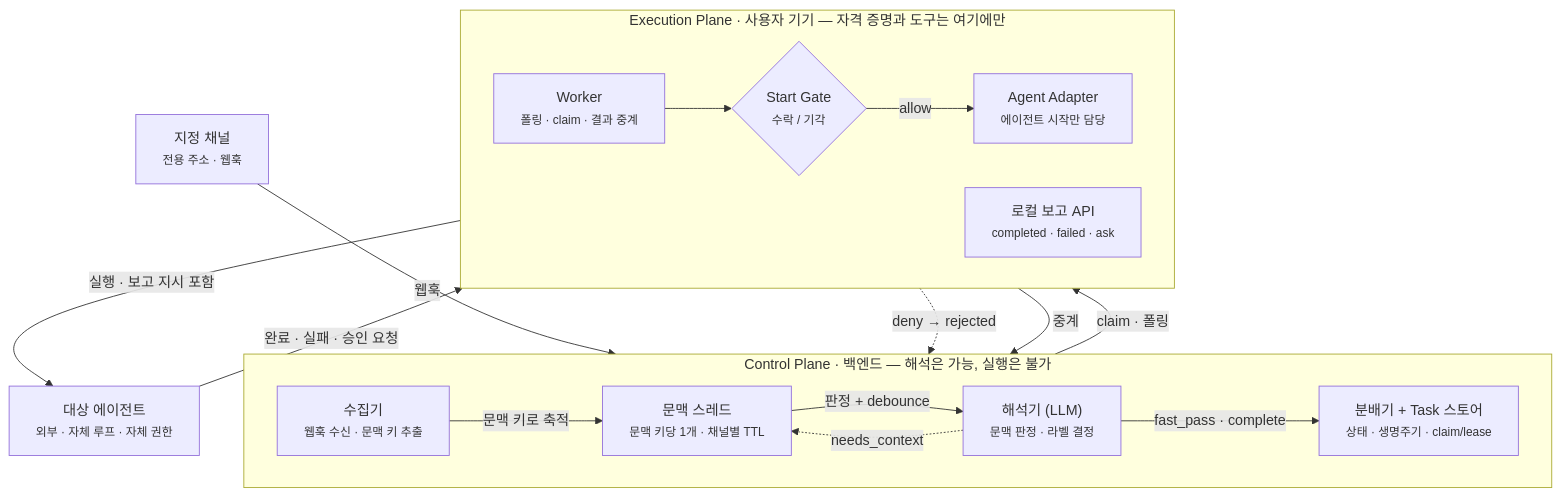
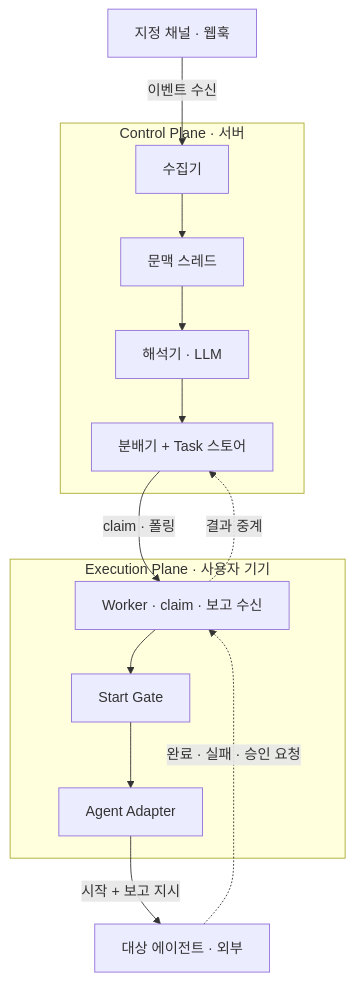
Before and after one commit to explorer0113/samdi: the first of 2 diagrams in README.md, drawn with Mermaid. The commit also changed other lines of this file, not shown here.

Commit message:
문서: GitHub에서 엉키던 mermaid 구조도 정리
subgraph 내부 direction LR이 원인이었다 — GitHub의 mermaid는 이걸
바깥 화살표와 함께 쓰면 Execution Plane을 Control Plane보다 위에 그리고
화살표를 전부 교차시킨다. 단일 TB 방향으로 통일하고 HTML 태그를 뺐다.

- 구조도: 정상 경로는 위→아래, 보고는 점선으로 분리
- 상태도: lease 만료 엣지를 하나로 줄이고 라벨을 짧게 (겹침 제거)
- 실제 렌더를 확인해 subgraph 제목이 테두리를 관통하던 문제도 수정

````diff
--- a/README.md
+++ b/README.md
@@ -24,35 +24,30 @@
 ```mermaid
 flowchart TB
-    CH["지정 채널<br/><small>전용 주소 · 웹훅</small>"]
+    CH["지정 채널 · 웹훅"]
 
-    subgraph CP["Control Plane · 백엔드 — 해석은 가능, 실행은 불가"]
-        direction LR
-        COL["수집기<br/><small>웹훅 수신 · 문맥 키 추출</small>"]
-        TH["문맥 스레드<br/><small>문맥 키당 1개 · 채널별 TTL</small>"]
-        IN["해석기 (LLM)<br/><small>문맥 판정 · 라벨 결정</small>"]
-        DP["분배기 + Task 스토어<br/><small>상태 · 생명주기 · claim/lease</small>"]
-        COL -->|"문맥 키로 축적"| TH
-        TH -->|"판정 + debounce"| IN
-        IN -->|"fast_pass · complete"| DP
-        IN -.->|"needs_context"| TH
+    subgraph CP["Control Plane · 서버"]
+        COL["수집기"]
+        TH["문맥 스레드"]
+        IN["해석기 · LLM"]
+        DP["분배기 + Task 스토어"]
+        COL --> TH
+        TH --> IN
+        IN --> DP
     end
 
-    subgraph EP["Execution Plane · 사용자 기기 — 자격 증명과 도구는 여기에만"]
-        direction LR
-        WK["Worker<br/><small>폴링 · claim · 결과 중계</small>"]
-        GT{"Start Gate<br/><small>수락 / 기각</small>"}
-        AD["Agent Adapter<br/><small>에이전트 시작만 담당</small>"]
-        RP["로컬 보고 API<br/><small>completed · failed · ask</small>"]
+    subgraph EP["Execution Plane · 사용자 기기"]
+        WK["Worker · claim · 보고 수신"]
+        GT["Start Gate"]
+        AD["Agent Adapter"]
         WK --> GT
-        GT -->|"allow"| AD
+        GT --> AD
     end
 
-    AG["대상 에이전트<br/><small>외부 · 자체 루프 · 자체 권한</small>"]
+    AG["대상 에이전트 · 외부"]
 
-    CH -->|"웹훅"| COL
+    CH -->|"이벤트 수신"| COL
     DP -->|"claim · 폴링"| WK
-    GT -.->|"deny → rejected"| DP
-    AD -->|"실행 · 보고 지시 포함"| AG
-    AG -->|"완료 · 실패 · 승인 요청"| RP
-    RP -->|"중계"| DP
+    AD -->|"시작 + 보고 지시"| AG
+    AG -.->|"완료 · 실패 · 승인 요청"| WK
+    WK -.->|"결과 중계"| DP
 ```
````
